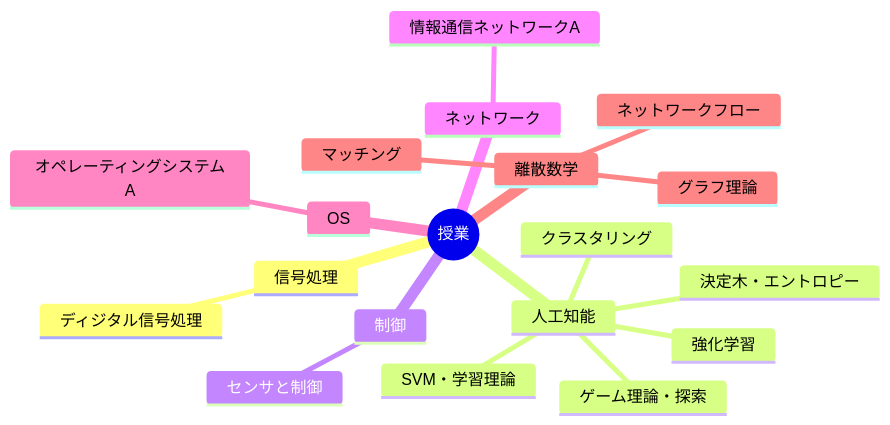
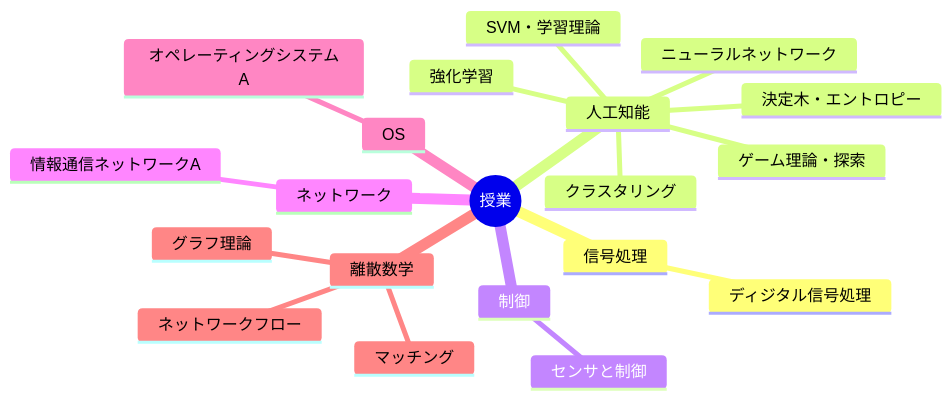
Before and after one commit to 97kuek/obsidian-vault: the diagram in 20_Areas/授業/【MOC】授業.md, drawn with Mermaid. The commit also changed other lines of this file and 13 other files, not shown here.

````diff
--- a/20_Areas/授業/【MOC】授業.md
+++ b/20_Areas/授業/【MOC】授業.md
@@ -13,22 +13,23 @@
 ```mermaid
 mindmap
   root(("授業"))
     信号処理
       ディジタル信号処理
     人工知能
       ゲーム理論・探索
       決定木・エントロピー
       強化学習
       クラスタリング
+      ニューラルネットワーク
       SVM・学習理論
     制御
       センサと制御
     ネットワーク
       情報通信ネットワークA
     OS
       オペレーティングシステムA
     離散数学
       グラフ理論
       ネットワークフロー
       マッチング
 ```
````
